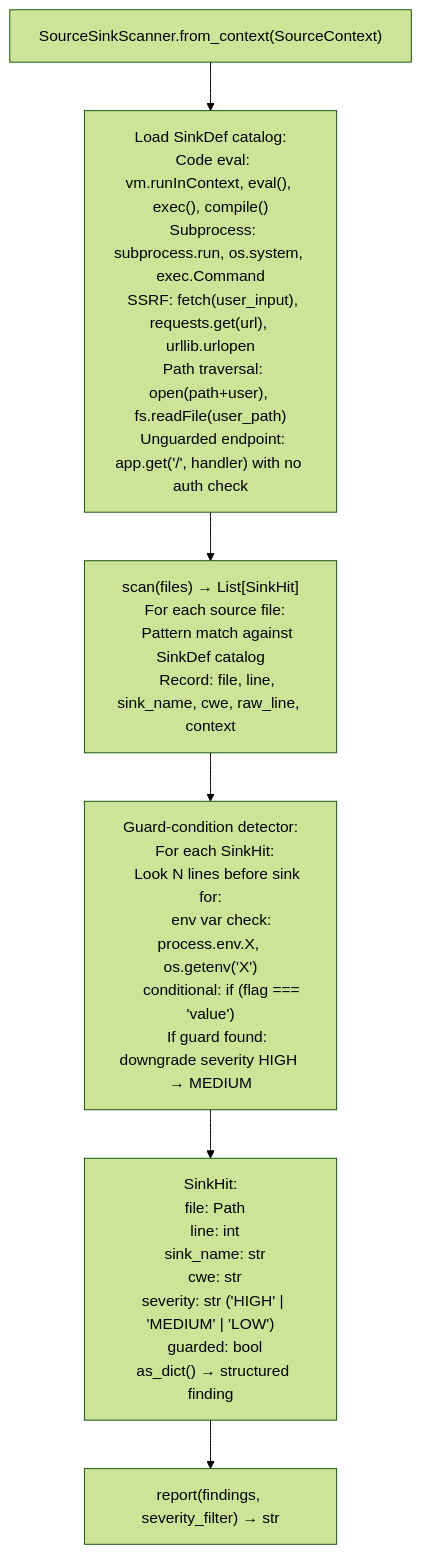
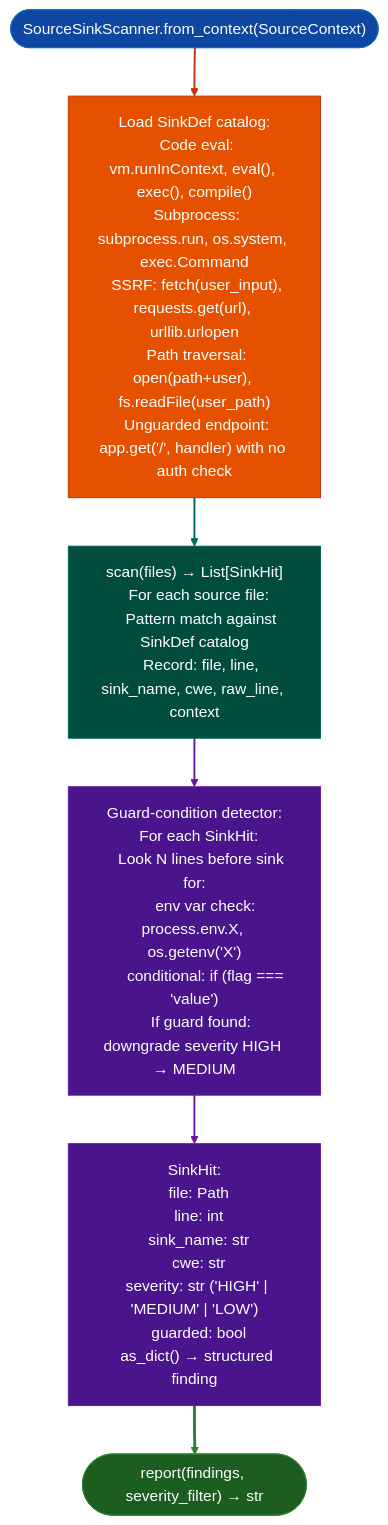
The diagram in docs/reference-modules/source-dangerous-sink-detection.md (Ablation-Tool/ablation), drawn with Mermaid (forest theme) before and after one commit. The commit also changed 320 other files, not shown here.

First line of the commit message:
docs: apply canonical Mermaid template to all 321 diagrams

````diff
--- a/docs/reference-modules/source-dangerous-sink-detection.md
+++ b/docs/reference-modules/source-dangerous-sink-detection.md
@@ -19,8 +19,19 @@
 ```mermaid
 flowchart TD
-    A["SourceSinkScanner.from_context(SourceContext)"] --> B["Load SinkDef catalog:\n  Code eval: vm.runInContext, eval(), exec(), compile()\n  Subprocess: subprocess.run, os.system, exec.Command\n  SSRF: fetch(user_input), requests.get(url), urllib.urlopen\n  Path traversal: open(path+user), fs.readFile(user_path)\n  Unguarded endpoint: app.get('/', handler) with no auth check"]
-    B --> C["scan(files) → List[SinkHit]\n  For each source file:\n    Pattern match against SinkDef catalog\n    Record: file, line, sink_name, cwe, raw_line, context"]
-    C --> D["Guard-condition detector:\n  For each SinkHit:\n    Look N lines before sink for:\n      env var check: process.env.X, os.getenv('X')\n      conditional: if (flag === 'value')\n    If guard found: downgrade severity HIGH → MEDIUM"]
-    D --> E["SinkHit:\n  file: Path\n  line: int\n  sink_name: str\n  cwe: str\n  severity: str ('HIGH' | 'MEDIUM' | 'LOW')\n  guarded: bool\n  as_dict() → structured finding"]
-    E --> F["report(findings, severity_filter) → str"]
+    A(["SourceSinkScanner.from_context(SourceContext)"]):::input --> B["Load SinkDef catalog:\n  Code eval: vm.runInContext, eval(), exec(), compile()\n  Subprocess: subprocess.run, os.system, exec.Command\n  SSRF: fetch(user_input), requests.get(url), urllib.urlopen\n  Path traversal: open(path+user), fs.readFile(user_path)\n  Unguarded endpoint: app.get('/', handler) with no auth check"]:::primary
+    B:::primary --> C["scan(files) → List[SinkHit]\n  For each source file:\n    Pattern match against SinkDef catalog\n    Record: file, line, sink_name, cwe, raw_line, context"]:::secondary
+    C:::secondary --> D["Guard-condition detector:\n  For each SinkHit:\n    Look N lines before sink for:\n      env var check: process.env.X, os.getenv('X')\n      conditional: if (flag === 'value')\n    If guard found: downgrade severity HIGH → MEDIUM"]:::tertiary
+    D:::tertiary --> E["SinkHit:\n  file: Path\n  line: int\n  sink_name: str\n  cwe: str\n  severity: str ('HIGH' | 'MEDIUM' | 'LOW')\n  guarded: bool\n  as_dict() → structured finding"]:::tertiary
+    E:::tertiary --> F(["report(findings, severity_filter) → str"]):::output
+    classDef input     fill:#0d47a1,stroke:#1565c0,color:#fff
+    classDef primary   fill:#e65100,stroke:#bf360c,color:#fff
+    classDef secondary fill:#004d40,stroke:#00695c,color:#fff
+    classDef tertiary  fill:#4a148c,stroke:#6a1b9a,color:#fff
+    classDef neutral   fill:#37474f,stroke:#546e7a,color:#fff
+    classDef output    fill:#1b5e20,stroke:#2e7d32,color:#fff
+    linkStyle 0 stroke:#bf360c,stroke-width:2px
+    linkStyle 1 stroke:#00695c,stroke-width:2px
+    linkStyle 2 stroke:#6a1b9a,stroke-width:2px
+    linkStyle 3 stroke:#6a1b9a,stroke-width:2px
+    linkStyle 4 stroke:#2e7d32,stroke-width:3px
 ```
````
